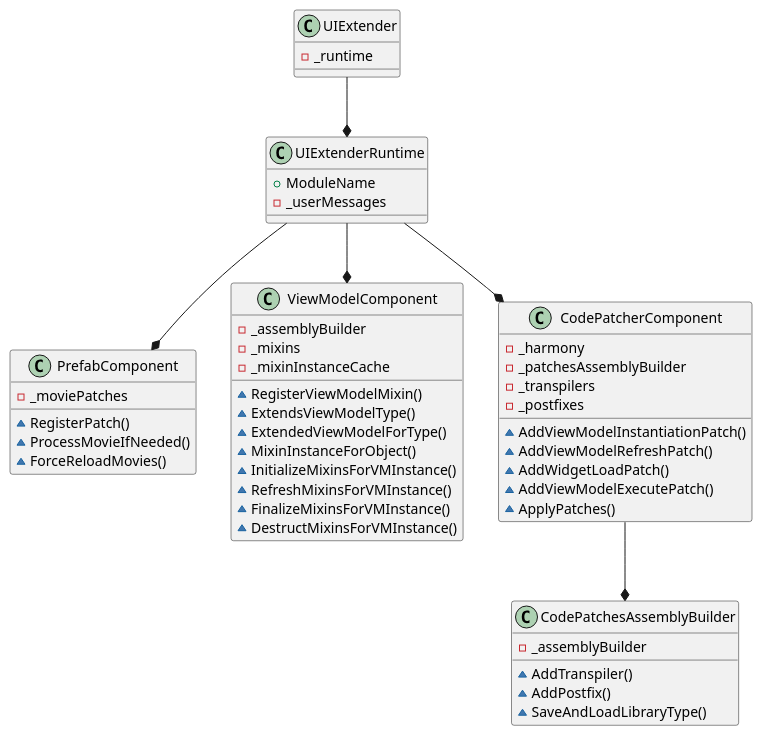
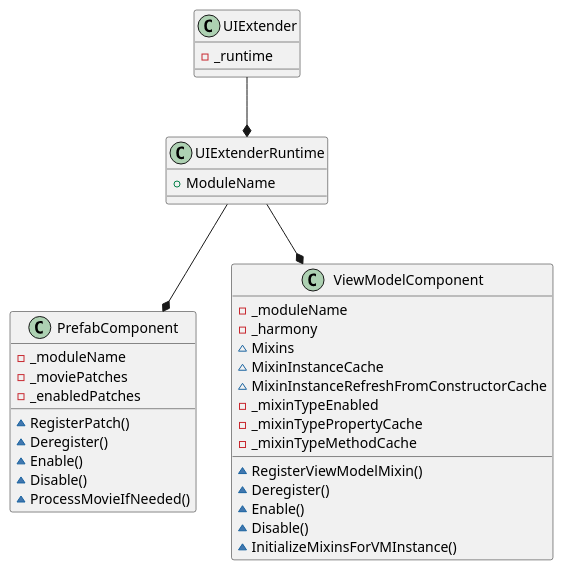
The diagram in docs/articles/Runtime/Overview.puml (BUTR/Bannerlord.UIExtenderEx), drawn with PlantUML before and after one commit. The commit also changed 108 other files, not shown here.

```diff
--- a/docs/articles/Runtime/Overview.puml
+++ b/docs/articles/Runtime/Overview.puml
@@ -1,59 +1,42 @@
 @startuml
 
 class UIExtender {
 - _runtime
 }
 
 class UIExtenderRuntime {
 + ModuleName
-- _userMessages
 }
 
 class PrefabComponent {
+- _moduleName
 - _moviePatches
+- _enabledPatches
 ~ RegisterPatch()
+~ Deregister()
+~ Enable()
+~ Disable()
 ~ ProcessMovieIfNeeded()
-~ ForceReloadMovies()
 }
 
 class ViewModelComponent {
-- _assemblyBuilder
-- _mixins
-- _mixinInstanceCache
+- _moduleName
+- _harmony
+~ Mixins
+~ MixinInstanceCache
+~ MixinInstanceRefreshFromConstructorCache
+- _mixinTypeEnabled
+- _mixinTypePropertyCache
+- _mixinTypeMethodCache
 ~ RegisterViewModelMixin()
-~ ExtendsViewModelType()
-~ ExtendedViewModelForType()
-~ MixinInstanceForObject()
+~ Deregister()
+~ Enable()
+~ Disable()
 ~ InitializeMixinsForVMInstance()
-~ RefreshMixinsForVMInstance()
-~ FinalizeMixinsForVMInstance()
-~ DestructMixinsForVMInstance()
-}
-
-class CodePatcherComponent {
-- _harmony
-- _patchesAssemblyBuilder
-- _transpilers
-- _postfixes
-~ AddViewModelInstantiationPatch()
-~ AddViewModelRefreshPatch()
-~ AddWidgetLoadPatch()
-~ AddViewModelExecutePatch()
-~ ApplyPatches()
-}
-
-class CodePatchesAssemblyBuilder {
-- _assemblyBuilder
-~ AddTranspiler()
-~ AddPostfix()
-~ SaveAndLoadLibraryType()
 }
 
 UIExtender --* UIExtenderRuntime
 UIExtenderRuntime --* PrefabComponent
 UIExtenderRuntime --* ViewModelComponent
-UIExtenderRuntime --* CodePatcherComponent
-
-CodePatcherComponent --* CodePatchesAssemblyBuilder
 
 @enduml
```
